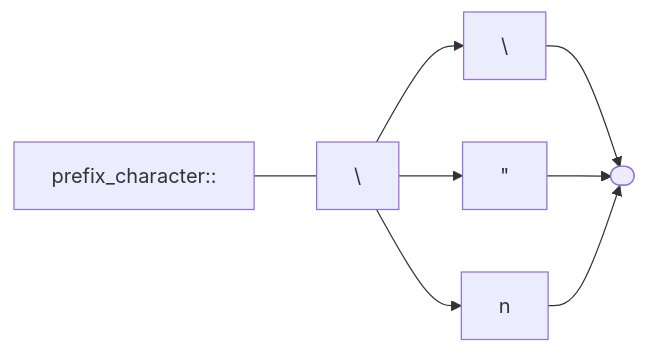
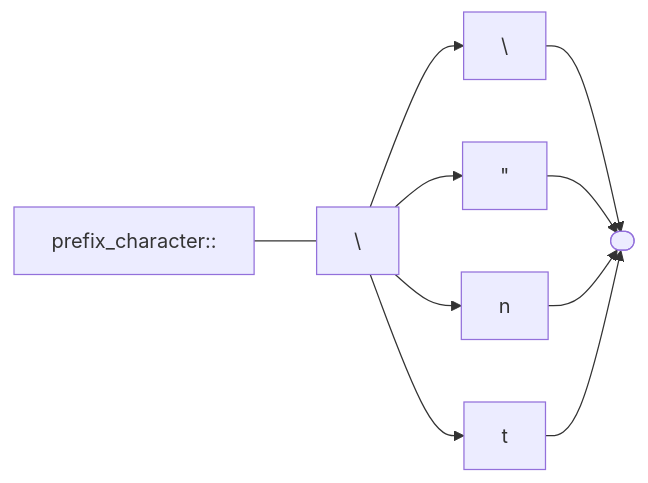
Before and after one commit to andrewfstratton/quandoscript: diagram 15 of 18 in README.md, drawn with Mermaid. The commit also changed other lines of this file, not shown here.

````diff
--- a/README.md
+++ b/README.md
@@ -110,7 +110,8 @@
 ```mermaid
 graph LR
-    stop([" "])
+    stop([ ])
     prefix_character::--- l["\"]-->slash["\"]--> stop
     l-->q[#quot;]-->stop
     l-->n-->stop
+    l-->t-->stop
 ```
````
